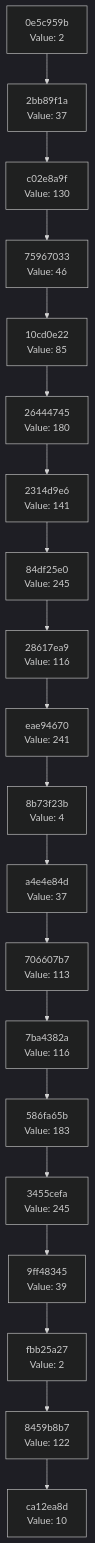
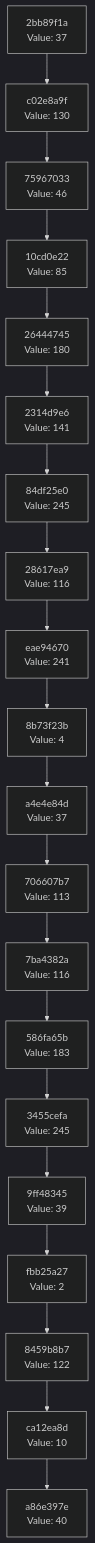
Before and after one commit to Abhisheksinha1506/hash-chain-evolver: the diagram in docs/CHAIN_VISUALIZATION.md, drawn with Mermaid (dark theme). The commit also changed 2 other files, not shown here.

Commit message:
Evolution Step

````diff
--- a/docs/CHAIN_VISUALIZATION.md
+++ b/docs/CHAIN_VISUALIZATION.md
@@ -3,42 +3,42 @@
 ```mermaid
 graph TD
-    C0["ca12ea8d<br/>Value: 10"]
-    C1["8459b8b7<br/>Value: 122"]
+    C0["a86e397e<br/>Value: 40"]
+    C1["ca12ea8d<br/>Value: 10"]
     C1 --> C0
-    C2["fbb25a27<br/>Value: 2"]
+    C2["8459b8b7<br/>Value: 122"]
     C2 --> C1
-    C3["9ff48345<br/>Value: 39"]
+    C3["fbb25a27<br/>Value: 2"]
     C3 --> C2
-    C4["3455cefa<br/>Value: 245"]
+    C4["9ff48345<br/>Value: 39"]
     C4 --> C3
-    C5["586fa65b<br/>Value: 183"]
+    C5["3455cefa<br/>Value: 245"]
     C5 --> C4
-    C6["7ba4382a<br/>Value: 116"]
+    C6["586fa65b<br/>Value: 183"]
     C6 --> C5
-    C7["706607b7<br/>Value: 113"]
+    C7["7ba4382a<br/>Value: 116"]
     C7 --> C6
-    C8["a4e4e84d<br/>Value: 37"]
+    C8["706607b7<br/>Value: 113"]
     C8 --> C7
-    C9["8b73f23b<br/>Value: 4"]
+    C9["a4e4e84d<br/>Value: 37"]
     C9 --> C8
-    C10["eae94670<br/>Value: 241"]
+    C10["8b73f23b<br/>Value: 4"]
     C10 --> C9
-    C11["28617ea9<br/>Value: 116"]
+    C11["eae94670<br/>Value: 241"]
     C11 --> C10
-    C12["84df25e0<br/>Value: 245"]
+    C12["28617ea9<br/>Value: 116"]
     C12 --> C11
-    C13["2314d9e6<br/>Value: 141"]
+    C13["84df25e0<br/>Value: 245"]
     C13 --> C12
-    C14["26444745<br/>Value: 180"]
+    C14["2314d9e6<br/>Value: 141"]
     C14 --> C13
-    C15["10cd0e22<br/>Value: 85"]
+    C15["26444745<br/>Value: 180"]
     C15 --> C14
-    C16["75967033<br/>Value: 46"]
+    C16["10cd0e22<br/>Value: 85"]
     C16 --> C15
-    C17["c02e8a9f<br/>Value: 130"]
+    C17["75967033<br/>Value: 46"]
     C17 --> C16
-    C18["2bb89f1a<br/>Value: 37"]
+    C18["c02e8a9f<br/>Value: 130"]
     C18 --> C17
-    C19["0e5c959b<br/>Value: 2"]
+    C19["2bb89f1a<br/>Value: 37"]
     C19 --> C18
 ```
````
